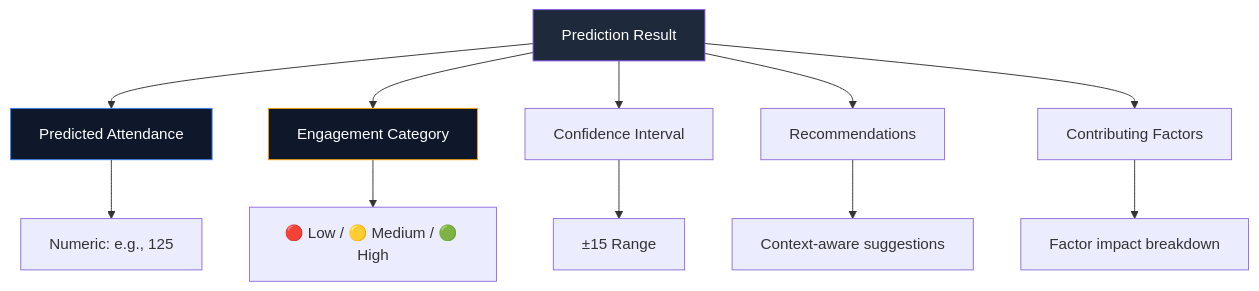
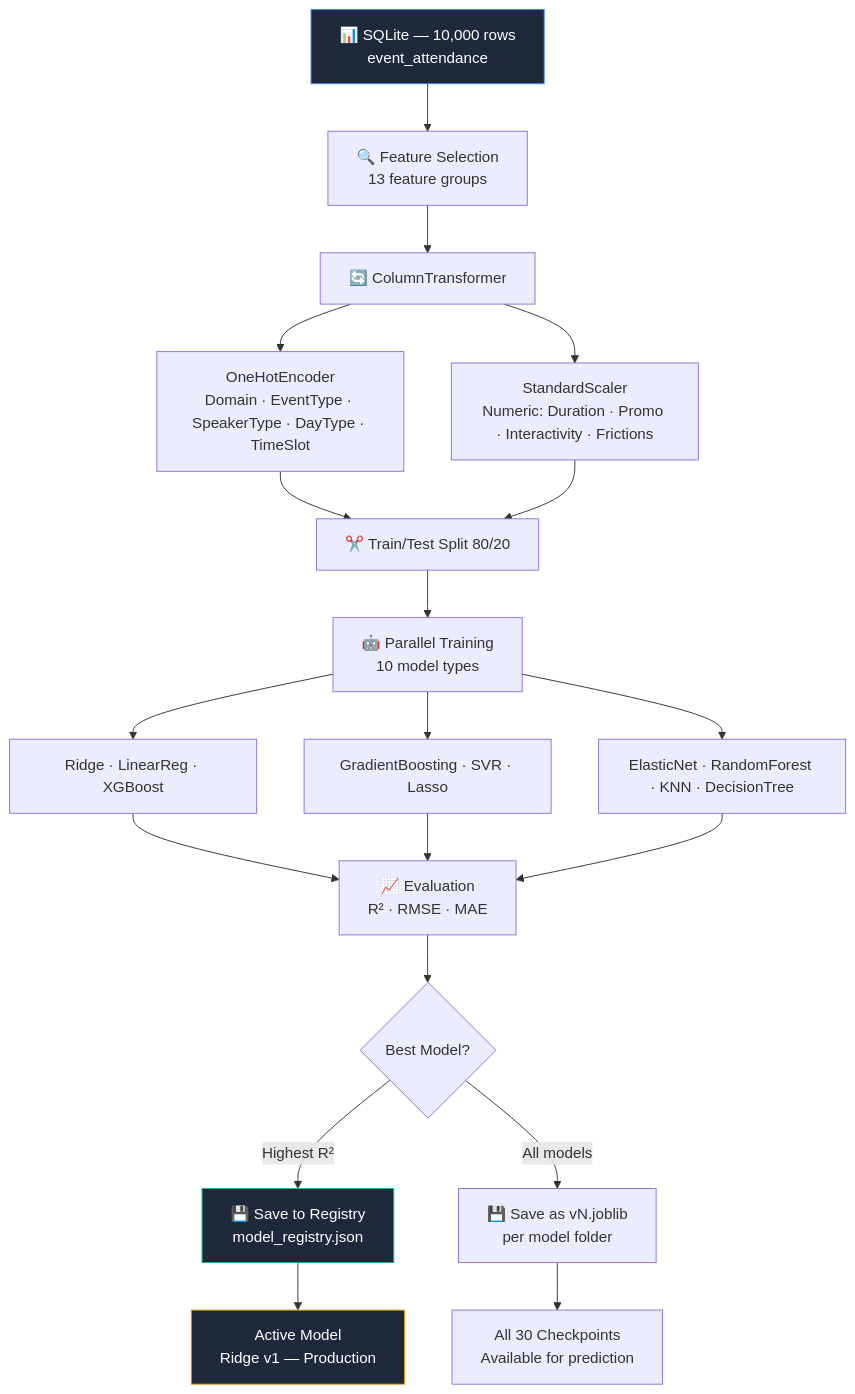
One commit to vengeance0112/Campus-Intel---Hackathon-3 changed diagram 11 of 15 in README.md. Above: the diagram before and after it, drawn with Mermaid. The commit also changed other lines of this file, not shown here.

````diff
--- a/README.md
+++ b/README.md
@@ -470,18 +660,32 @@
 ```mermaid
-graph TB
-    A["Prediction Result"] --> B["Predicted Attendance"]
-    A --> C["Engagement Category"]
-    A --> D["Confidence Interval"]
-    A --> E["Recommendations"]
-    A --> F["Contributing Factors"]
-    
-    B --> B1["Numeric: e.g., 125"]
-    C --> C1["🔴 Low / 🟡 Medium / 🟢 High"]
-    D --> D1["±15 Range"]
-    E --> E1["Context-aware suggestions"]
-    F --> F1["Factor impact breakdown"]
-    
-    style A fill:#1e293b,stroke:#8b5cf6,color:#fff
-    style B fill:#0f172a,stroke:#3b82f6,color:#fff
-    style C fill:#0f172a,stroke:#f59e0b,color:#fff
+flowchart TB
+    A["📊 SQLite — 10,000 rows\nevent_attendance"] --> B["🔍 Feature Selection\n13 feature groups"]
+    B --> C["🔄 ColumnTransformer"]
+
+    C --> D["OneHotEncoder\nDomain · EventType · SpeakerType · DayType · TimeSlot"]
+    C --> E["StandardScaler\nNumeric: Duration · Promo · Interactivity · Frictions"]
+
+    D --> F["✂️ Train/Test Split 80/20"]
+    E --> F
+
+    F --> G["🤖 Parallel Training\n10 model types"]
+
+    G --> H["Ridge · LinearReg · XGBoost"]
+    G --> I["GradientBoosting · SVR · Lasso"]
+    G --> J["ElasticNet · RandomForest · KNN · DecisionTree"]
+
+    H --> K["📈 Evaluation\nR² · RMSE · MAE"]
+    I --> K
+    J --> K
+
+    K --> L{"Best Model?"}
+    L -->|Highest R²| M["💾 Save to Registry\nmodel_registry.json"]
+    L -->|All models| N["💾 Save as vN.joblib\nper model folder"]
+
+    M --> O["Active Model\nRidge v1 — Production"]
+    N --> P["All 30 Checkpoints\nAvailable for prediction"]
+
+    style A fill:#1e293b,stroke:#3b82f6,color:#fff
+    style M fill:#1e293b,stroke:#10b981,color:#fff
+    style O fill:#1e293b,stroke:#f59e0b,color:#fff
 ```
````
